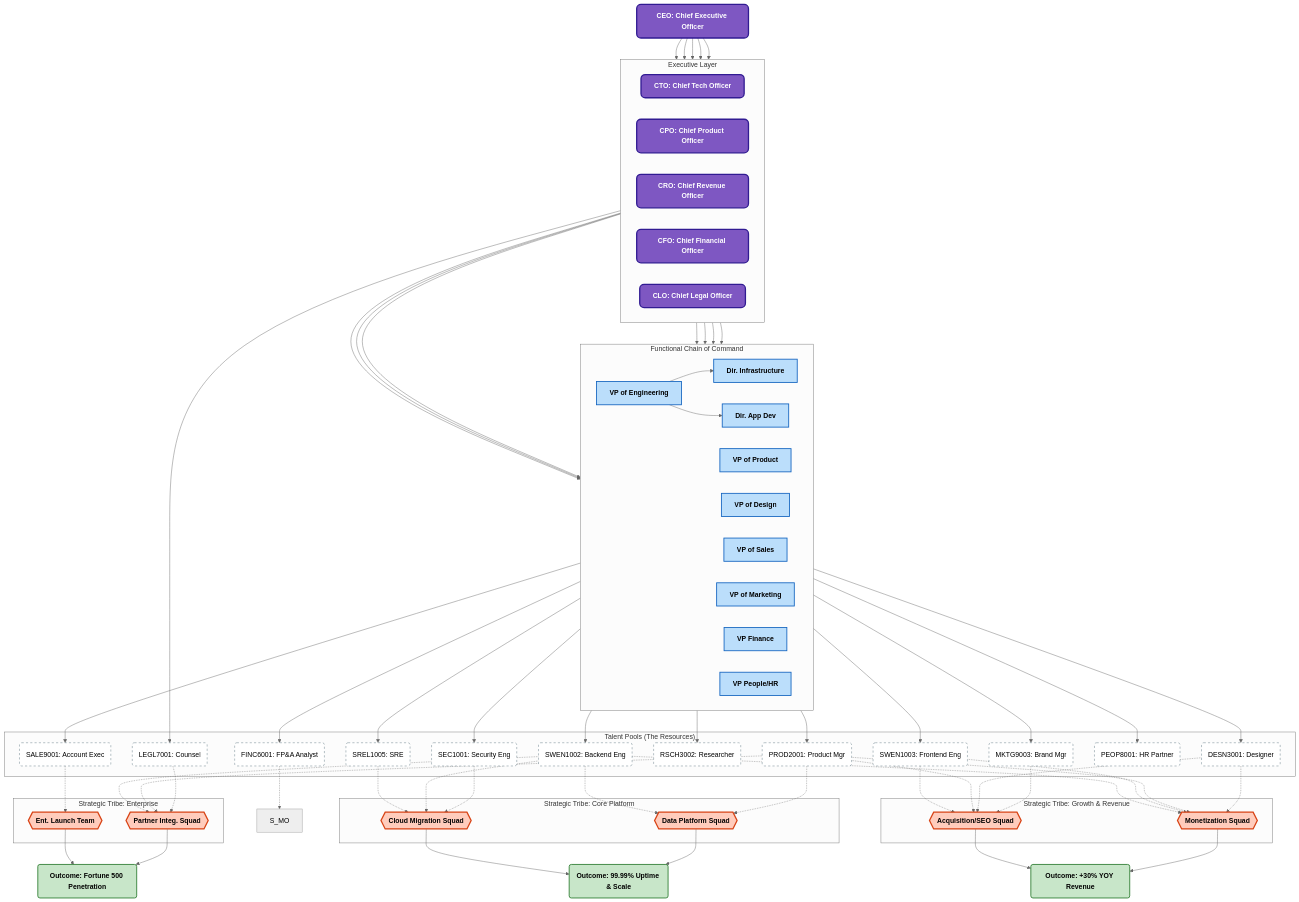
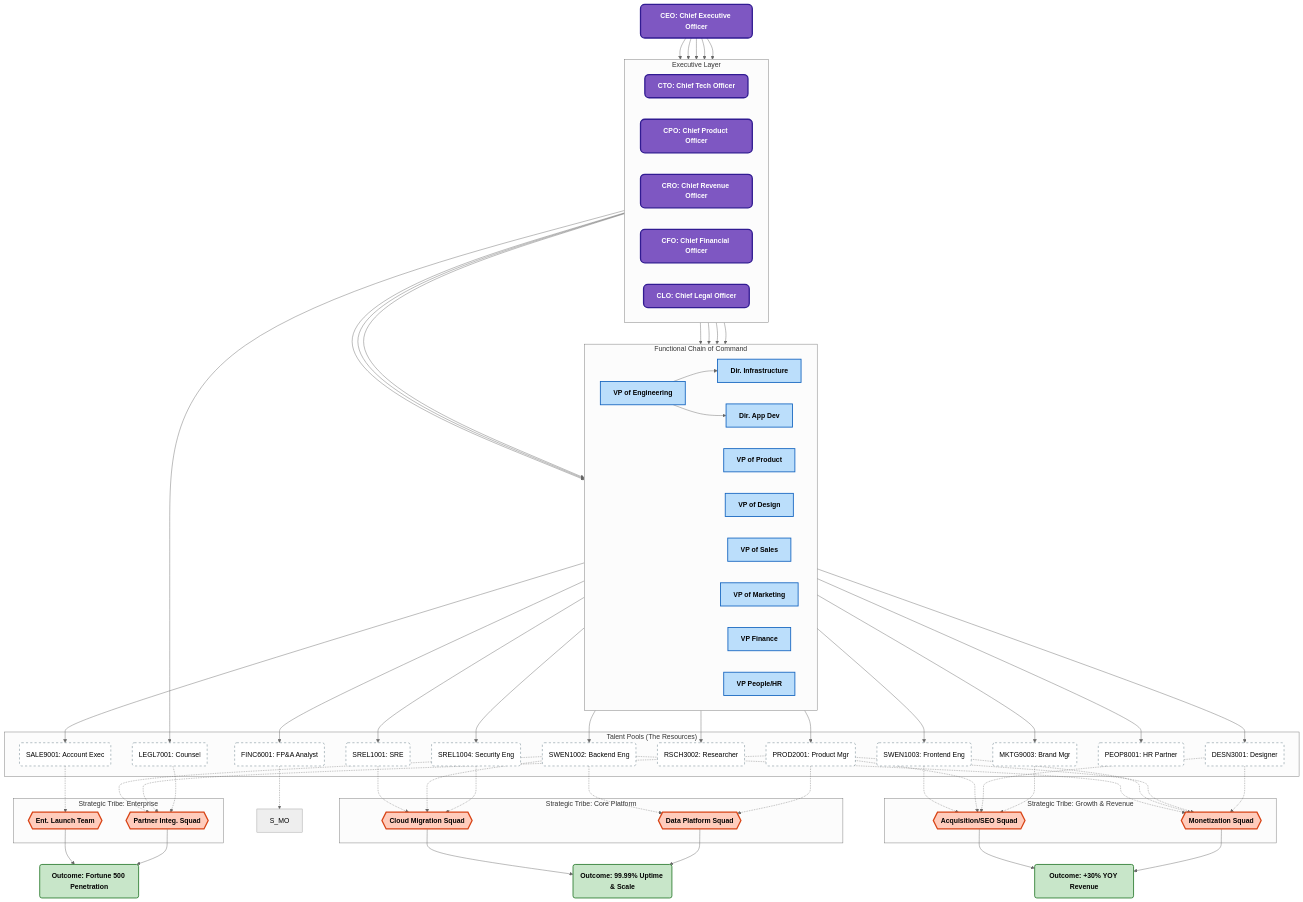
The first of 4 diagrams in docs/job_roles/job_role_organization.md (toxicoder/devset), drawn with Mermaid (neutral theme) before and after one commit. The commit also changed other lines of this file and 17 other files, not shown here.

```diff
--- a/docs/job_roles/job_role_organization.md
+++ b/docs/job_roles/job_role_organization.md
@@ -63,8 +63,8 @@
     %% --- Layer 3: Talent Pools (Individual Roles) ---
     subgraph "Talent Pools (The Resources)"
         %% Engineering Resources
-        DIR_INFRA --> R_SREL(SREL1005: SRE):::role
-        DIR_INFRA --> R_SEC(SEC1001: Security Eng):::role
+        DIR_INFRA --> R_SREL(SREL1001: SRE):::role
+        DIR_INFRA --> R_SEC(SREL1004: Security Eng):::role
         DIR_APP --> R_BACK(SWEN1002: Backend Eng):::role
         DIR_APP --> R_FRONT(SWEN1003: Frontend Eng):::role
 
```
